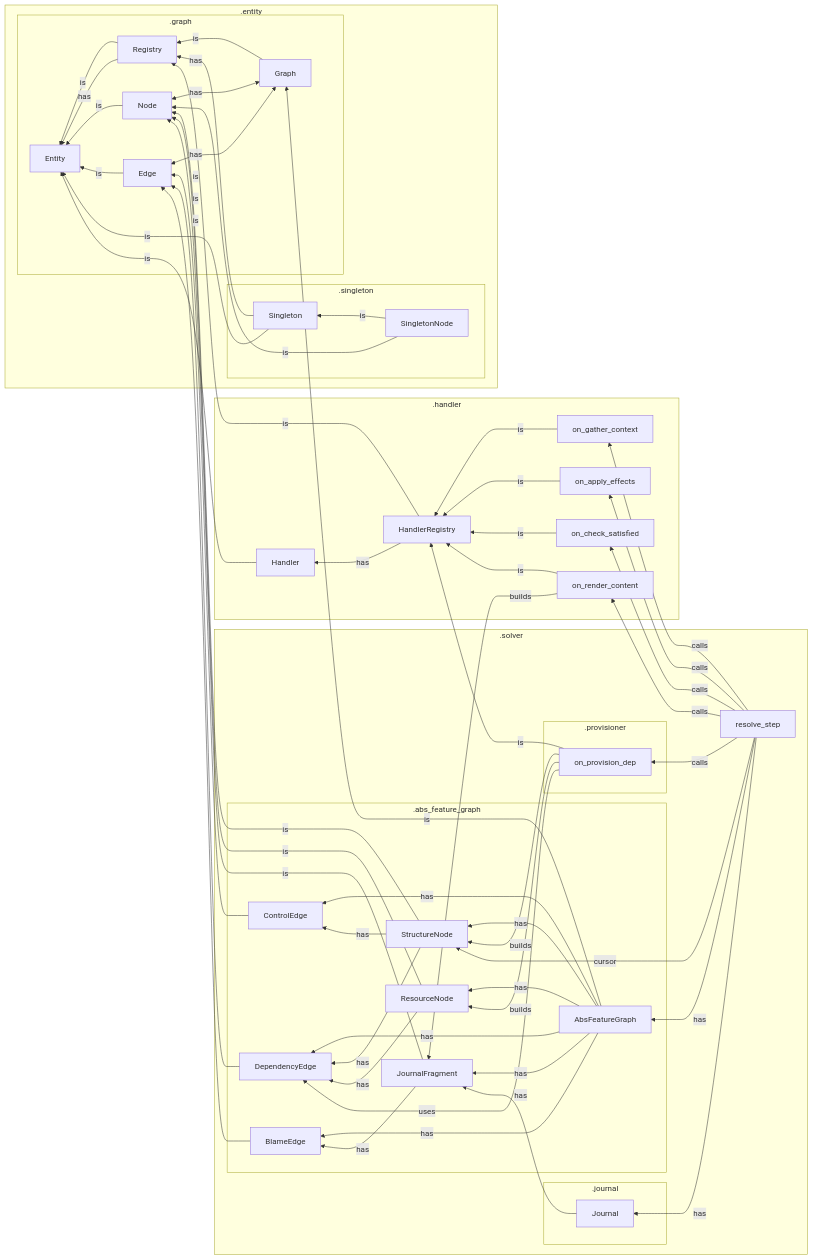
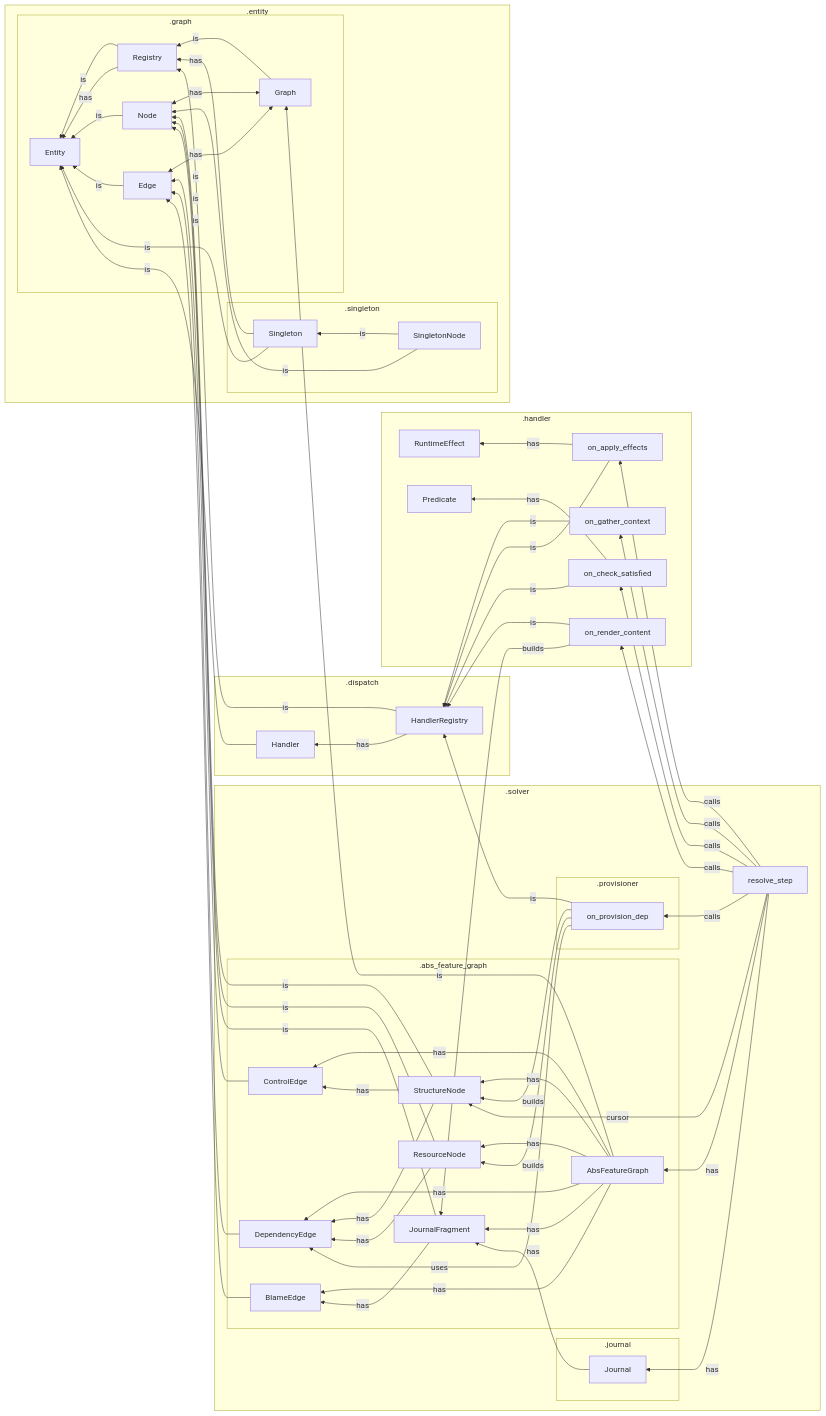
The diagram in engine/src/tangl/core/notes.md (derekmerck/storytangl), drawn with Mermaid before and after one commit. The commit also changed other lines of this file and 83 other files, not shown here.

Commit message:
factored dispatch out of handler simplifed scopes

```diff
--- a/engine/src/tangl/core/notes.md
+++ b/engine/src/tangl/core/notes.md
@@ -27,13 +33,18 @@
             
     end
     
-    subgraph .handler
+    subgraph .dispatch
         Handler -- is --> Entity
         HandlerRegistry -- is --> Registry
         HandlerRegistry -- has --> Handler
+    end
+    
+    subgraph .handler
         on_gather_context -- is --> HandlerRegistry
         on_apply_effects -- is --> HandlerRegistry
+        on_apply_effects -- has --> RuntimeEffect
         on_check_satisfied -- is --> HandlerRegistry
+        on_check_satisfied -- has --> Predicate
         on_render_content -- is --> HandlerRegistry
     end
 
```
